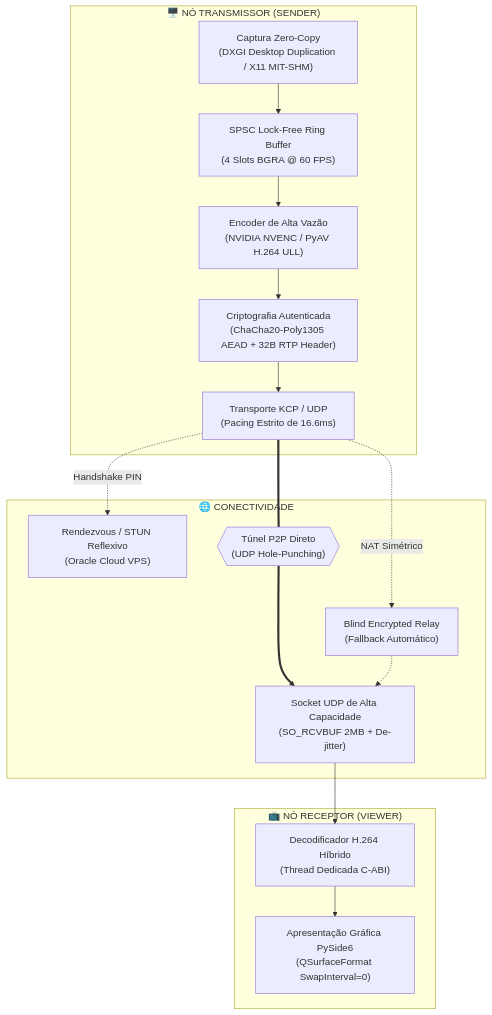
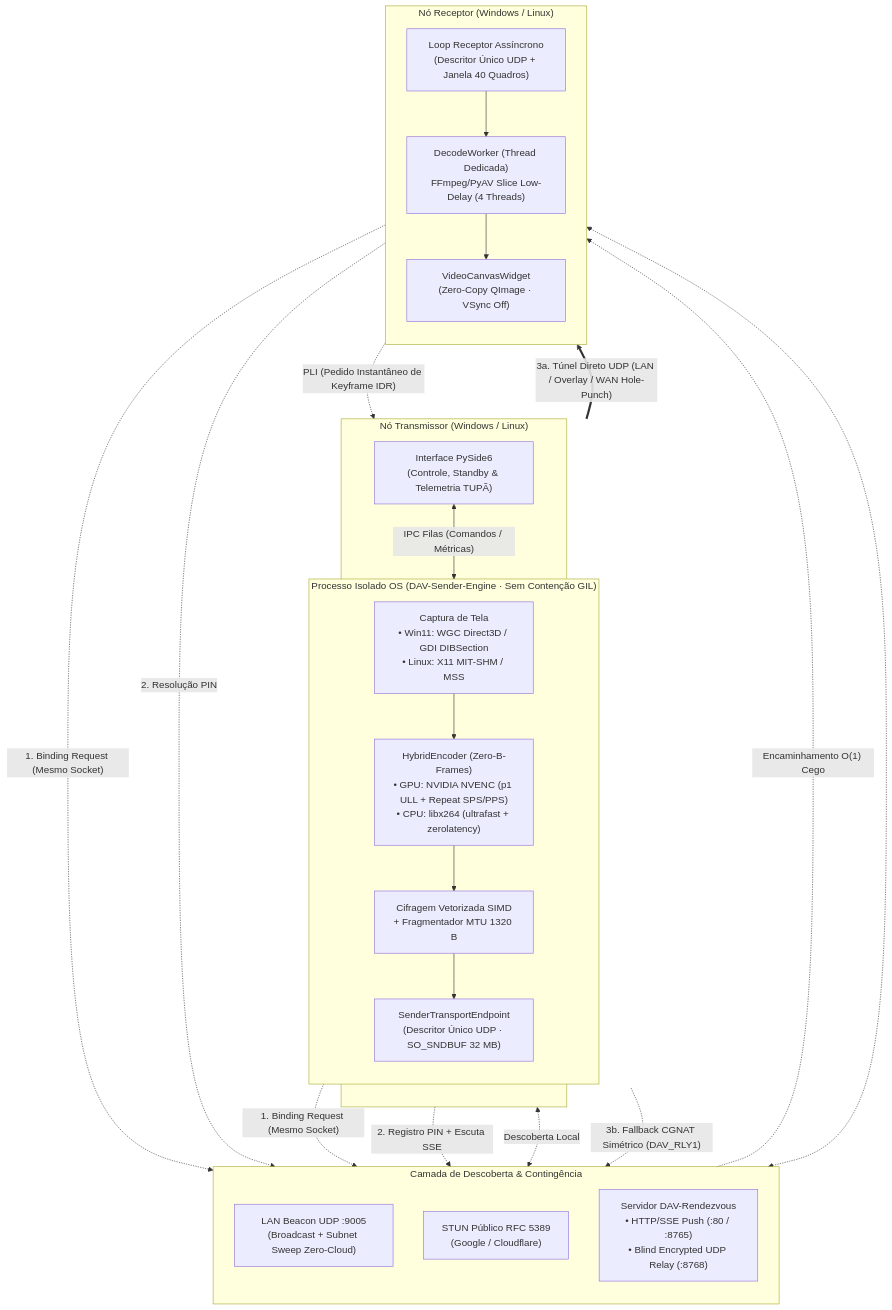
One commit to DanteFerraz/DA-V__Distribuidor_Aamplo-Video changed the first of 2 diagrams in README.md. Above: the diagram before and after it, drawn with Mermaid. The commit also changed other lines of this file and 30 other files, not shown here.

Commit message:
feat: implement single-socket P2P engine, blind UDP relay, v3.1.0 docs and multi-OS release pipeline

````diff
--- a/README.md
+++ b/README.md
@@ -35,30 +37,40 @@
 ```mermaid
-flowchart TD
-    subgraph SENDER ["🖥️ NÓ TRANSMISSOR (SENDER)"]
-        CAP["Captura Zero-Copy\n(DXGI Desktop Duplication / X11 MIT-SHM)"]
-        RING["SPSC Lock-Free Ring Buffer\n(4 Slots BGRA @ 60 FPS)"]
-        ENC["Encoder de Alta Vazão\n(NVIDIA NVENC / PyAV H.264 ULL)"]
-        CRYPTO["Criptografia Autenticada\n(ChaCha20-Poly1305 AEAD + 32B RTP Header)"]
-        KCP_TX["Transporte KCP / UDP\n(Pacing Estrito de 16.6ms)"]
-        
-        CAP --> RING --> ENC --> CRYPTO --> KCP_TX
+flowchart TB
+    subgraph TX_HOST ["Nó Transmissor (Windows / Linux)"]
+        direction TB
+        UI_TX["Interface PySide6\n(Controle, Standby & Telemetria TUPÃ)"]
+        subgraph TX_PROC ["Processo Isolado OS (DAV-Sender-Engine · Sem Contenção GIL)"]
+            CAP["Captura de Tela\n• Win11: WGC Direct3D / GDI DIBSection\n• Linux: X11 MIT-SHM / MSS"]
+            ENC["HybridEncoder (Zero-B-Frames)\n• GPU: NVIDIA NVENC (p1 ULL + Repeat SPS/PPS)\n• CPU: libx264 (ultrafast + zerolatency)"]
+            CIPHER_TX["Cifragem Vetorizada SIMD\n+ Fragmentador MTU 1320 B"]
+            SOCK_TX["SenderTransportEndpoint\n(Descritor Único UDP · SO_SNDBUF 32 MB)"]
+            CAP --> ENC --> CIPHER_TX --> SOCK_TX
+        end
+        UI_TX <-- "IPC Filas (Comandos / Métricas)" --> TX_PROC
     end
 
-    subgraph NETWORK ["🌐 CONECTIVIDADE"]
-        STUN["Rendezvous / STUN Reflexivo\n(Oracle Cloud VPS)"]
-        P2P{{"Túnel P2P Direto\n(UDP Hole-Punching)"}}
-        RELAY["Blind Encrypted Relay\n(Fallback Automático)"]
-        
-        KCP_TX -. Handshake PIN .-> STUN
-        KCP_TX === P2P ===> KCP_RX
-        KCP_TX -. NAT Simétrico .-> RELAY -.-> KCP_RX
+    subgraph CLOUD ["Camada de Descoberta & Contingência"]
+        direction TB
+        BEACON["LAN Beacon UDP :9005\n(Broadcast + Subnet Sweep Zero-Cloud)"]
+        STUN_PUB["STUN Público RFC 5389\n(Google / Cloudflare)"]
+        RDV["Servidor DAV-Rendezvous\n• HTTP/SSE Push (:80 / :8765)\n• Blind Encrypted UDP Relay (:8768)"]
     end
 
-    subgraph RECEIVER ["📺 NÓ RECEPTOR (VIEWER)"]
-        KCP_RX["Socket UDP de Alta Capacidade\n(SO_RCVBUF 2MB + De-jitter)"]
-        DEC["Decodificador H.264 Híbrido\n(Thread Dedicada C-ABI)"]
-        GUI["Apresentação Gráfica PySide6\n(QSurfaceFormat SwapInterval=0)"]
-        
-        KCP_RX --> DEC --> GUI
+    subgraph RX_HOST ["Nó Receptor (Windows / Linux)"]
+        direction TB
+        SOCK_RX["Loop Receptor Assíncrono\n(Descritor Único UDP + Janela 40 Quadros)"]
+        DEC_W["DecodeWorker (Thread Dedicada)\nFFmpeg/PyAV Slice Low-Delay (4 Threads)"]
+        CANVAS["VideoCanvasWidget\n(Zero-Copy QImage · VSync Off)"]
+        SOCK_RX --> DEC_W --> CANVAS
     end
+
+    SOCK_TX -. "1. Binding Request (Mesmo Socket)" .-> STUN_PUB
+    SOCK_RX -. "1. Binding Request (Mesmo Socket)" .-> STUN_PUB
+    UI_TX -. "2. Registro PIN + Escuta SSE" .-> RDV
+    RX_HOST -. "2. Resolução PIN" .-> RDV
+    UI_TX <-. "Descoberta Local" .-> BEACON <-.-> RX_HOST
+
+    SOCK_TX == "3a. Túnel Direto UDP (LAN / Overlay / WAN Hole-Punch)" ==> SOCK_RX
+    SOCK_RX -. "PLI (Pedido Instantâneo de Keyframe IDR)" .-> SOCK_TX
+    SOCK_TX -. "3b. Fallback CGNAT Simétrico (DAV_RLY1)" .-> RDV -. "Encaminhamento O(1) Cego" .-> SOCK_RX
 ```
````
